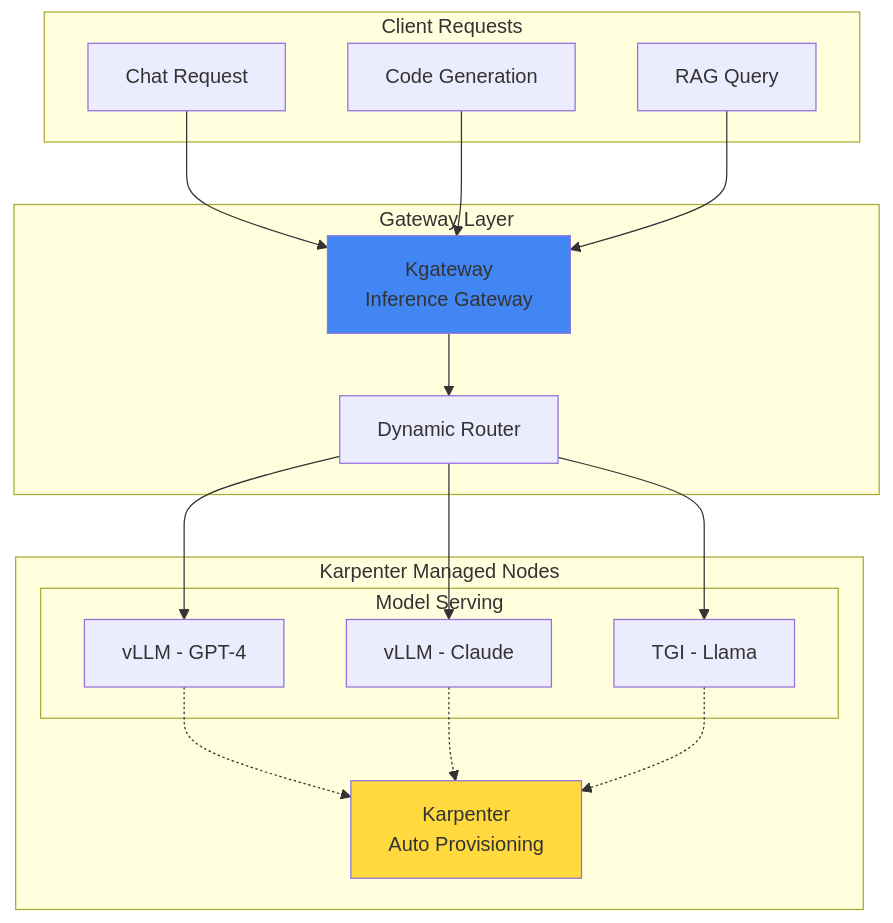
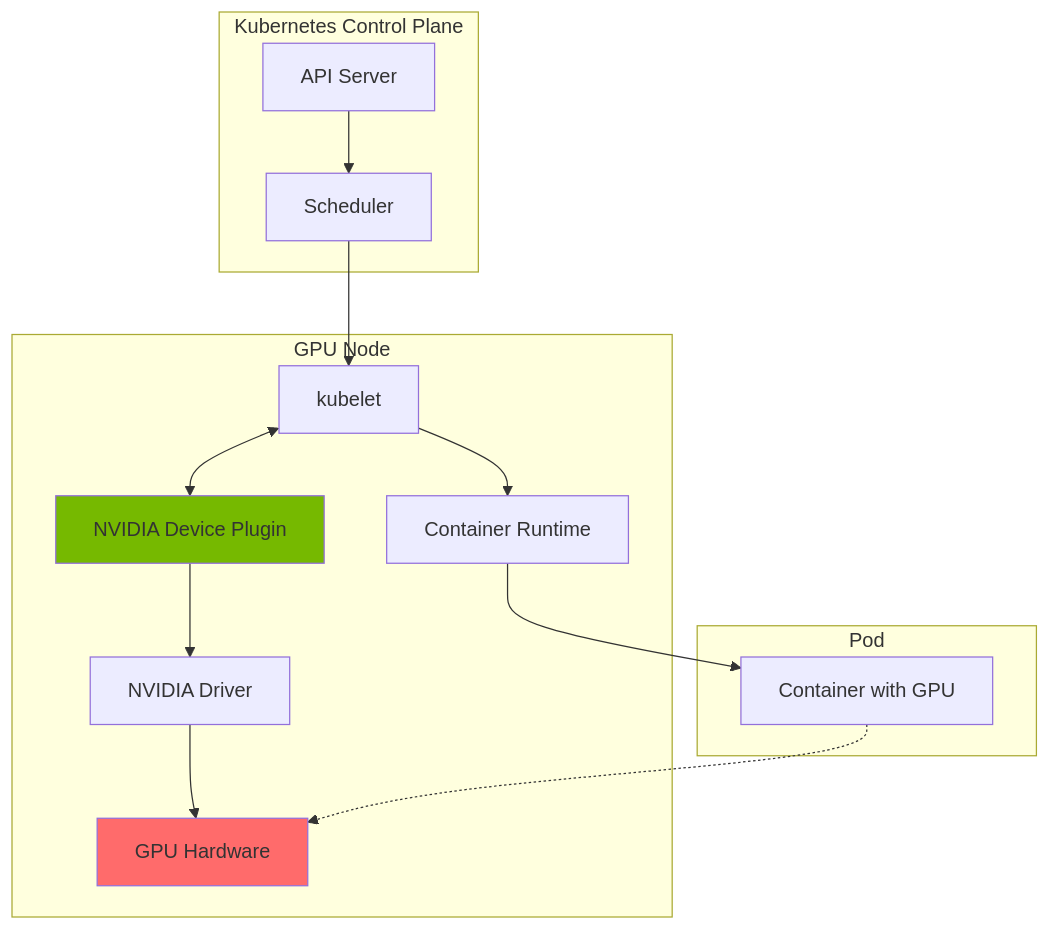
One commit to devfloor9/engineering-playbook changed diagram 11 of 13 in i18n/en/docusaurus-plugin-content-docs/current/agentic-ai-platform/agentic-ai-challenges.md. Above: the diagram before and after it, drawn with Mermaid. The commit also changed other lines of this file and 4 other files, not shown here.

````diff
--- a/i18n/en/docusaurus-plugin-content-docs/current/agentic-ai-platform/agentic-ai-challenges.md
+++ b/i18n/en/docusaurus-plugin-content-docs/current/agentic-ai-platform/agentic-ai-challenges.md
@@ -915,34 +512,31 @@
 ```mermaid
 graph TB
-    subgraph "Client Requests"
-        REQ1["Chat Request"]
-        REQ2["Code Generation"]
-        REQ3["RAG Query"]
+    subgraph "Kubernetes Control Plane"
+        API["API Server"]
+        SCHED["Scheduler"]
     end
 
-    subgraph "Gateway Layer"
-        GW["Kgateway<br/>Inference Gateway"]
-        ROUTE["Dynamic Router"]
+    subgraph "GPU Node"
+        KUBELET["kubelet"]
+        DEVICE["NVIDIA Device Plugin"]
+        RUNTIME["Container Runtime"]
+        DRIVER["NVIDIA Driver"]
+        GPU["GPU Hardware"]
     end
 
-    subgraph "Karpenter Managed Nodes"
-        subgraph "Model Serving"
-            M1["vLLM - GPT-4"]
-            M2["vLLM - Claude"]
-            M3["TGI - Llama"]
-        end
-        KARP["Karpenter<br/>Auto Provisioning"]
+    subgraph "Pod"
+        CONTAINER["Container with GPU"]
     end
 
-    REQ1 --> GW
-    REQ2 --> GW
-    REQ3 --> GW
-    GW --> ROUTE
-    ROUTE --> M1
-    ROUTE --> M2
-    ROUTE --> M3
-    M1 & M2 & M3 -.-> KARP
+    API --> SCHED
+    SCHED --> KUBELET
+    KUBELET <--> DEVICE
+    DEVICE --> DRIVER
+    DRIVER --> GPU
+    KUBELET --> RUNTIME
+    RUNTIME --> CONTAINER
+    CONTAINER -.-> GPU
 
-    style KARP fill:#ffd93d
-    style GW fill:#4286f4
+    style DEVICE fill:#76b900
+    style GPU fill:#ff6b6b
 ```
````
